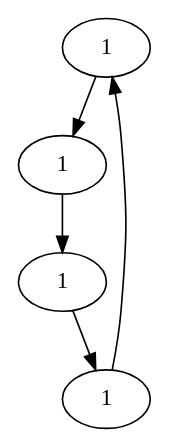
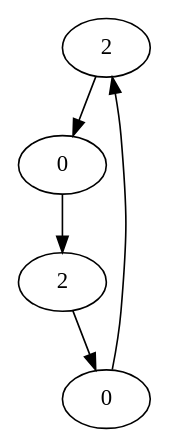
One commit to SebastienGouverneur/Chip-Firing-Game-Simulateur changed the diagram in src/test.dot. Above: the diagram before and after it, drawn with Graphviz. The commit also changed 19 other files, not shown here.

```diff
--- a/src/test.dot
+++ b/src/test.dot
@@ -1,10 +1,10 @@
 digraph {
 		a -> b;
 		b -> c;
 		c -> d;
 		d -> a;
-		a [label="1"];
-		b [label="1"];
-		c [label="1"];
-		d [label="1"];
+		a [label="2"];
+		b [label="0"];
+		c [label="2"];
+		d [label="0"];
 	}
```
